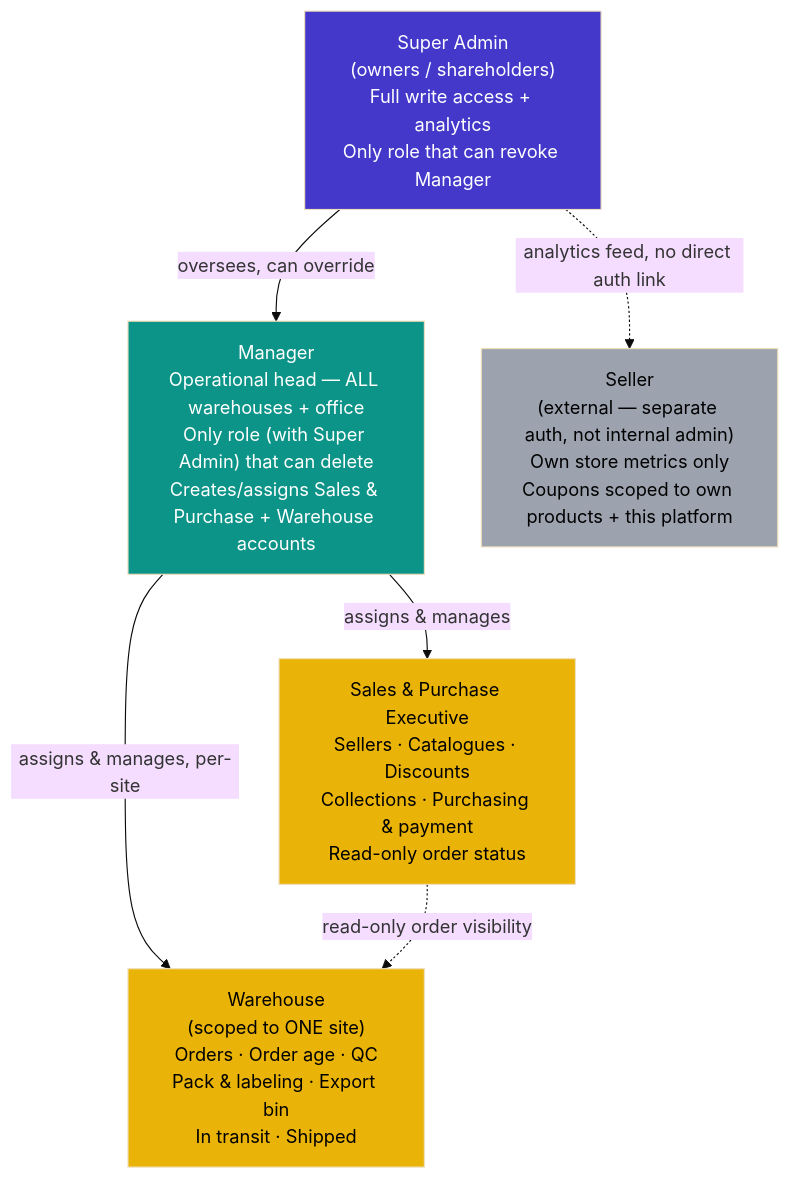
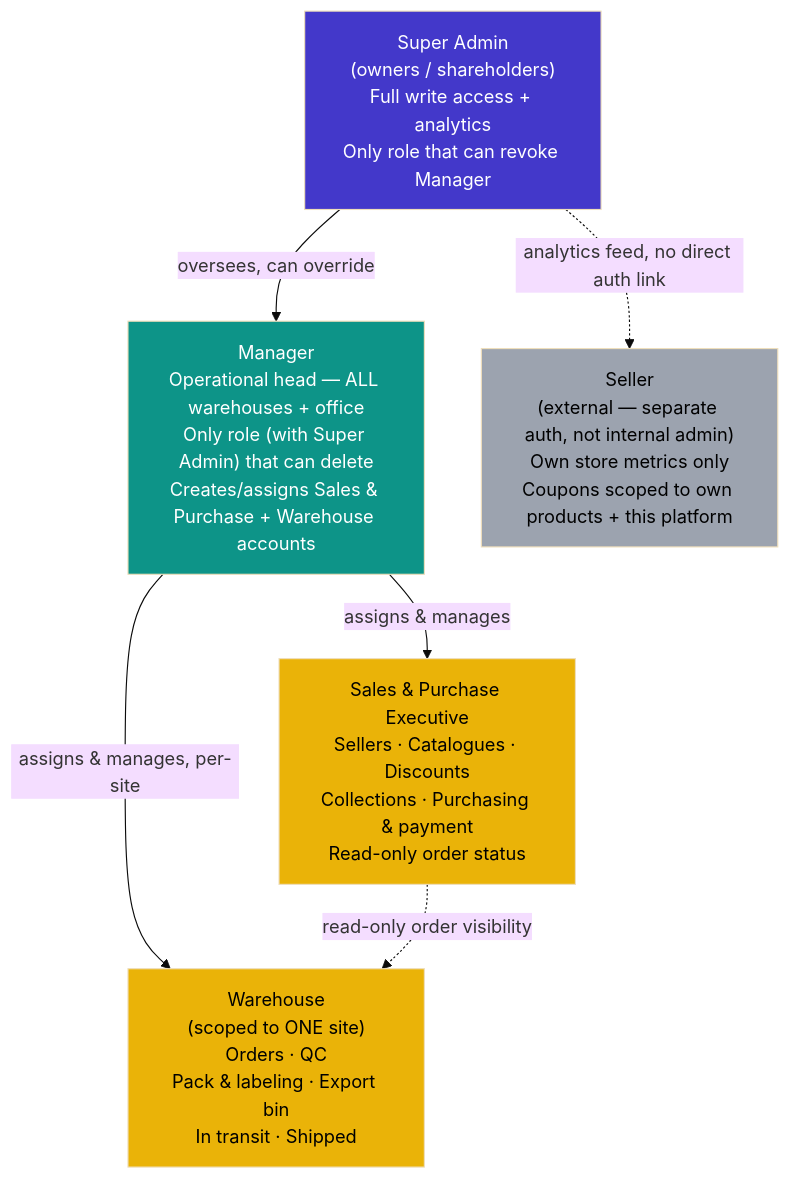
One commit to ai-up4work/i2l changed the diagram in whatsapp-integration-discussion-summary.md. Above: the diagram before and after it, drawn with Mermaid (base theme). The commit also changed other lines of this file and 16 other files, not shown here.

````diff
--- a/whatsapp-integration-discussion-summary.md
+++ b/whatsapp-integration-discussion-summary.md
@@ -34,20 +34,20 @@
 ```mermaid
 flowchart TD
     SA["Super Admin<br/>(owners / shareholders)<br/>Full write access + analytics<br/>Only role that can revoke Manager"]
     MG["Manager<br/>Operational head — ALL warehouses + office<br/>Only role (with Super Admin) that can delete<br/>Creates/assigns Sales & Purchase + Warehouse accounts"]
     SP["Sales & Purchase Executive<br/>Sellers · Catalogues · Discounts<br/>Collections · Purchasing & payment<br/>Read-only order status"]
-    WH["Warehouse<br/>(scoped to ONE site)<br/>Orders · Order age · QC<br/>Pack & labeling · Export bin<br/>In transit · Shipped"]
+    WH["Warehouse<br/>(scoped to ONE site)<br/>Orders · QC<br/>Pack & labeling · Export bin<br/>In transit · Shipped"]
     SL["Seller<br/>(external — separate auth, not internal admin)<br/>Own store metrics only<br/>Coupons scoped to own products + this platform"]
 
     SA -->|oversees, can override| MG
     MG -->|assigns & manages| SP
     MG -->|assigns & manages, per-site| WH
     SP -.->|read-only order visibility| WH
     SA -.->|analytics feed, no direct auth link| SL
 
     style SA fill:#4338ca,color:#fff
     style MG fill:#0d9488,color:#fff
     style SP fill:#eab308,color:#000
     style WH fill:#eab308,color:#000
     style SL fill:#9ca3af,color:#000
 ```
````
